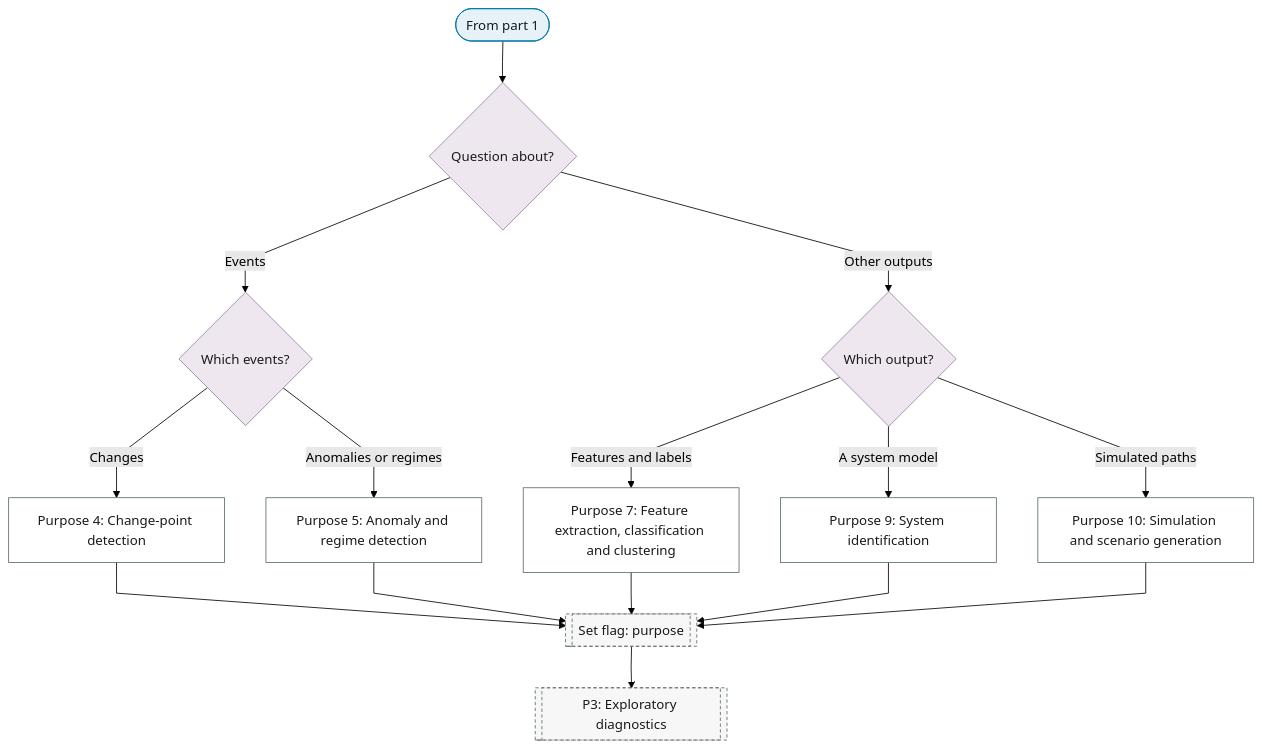
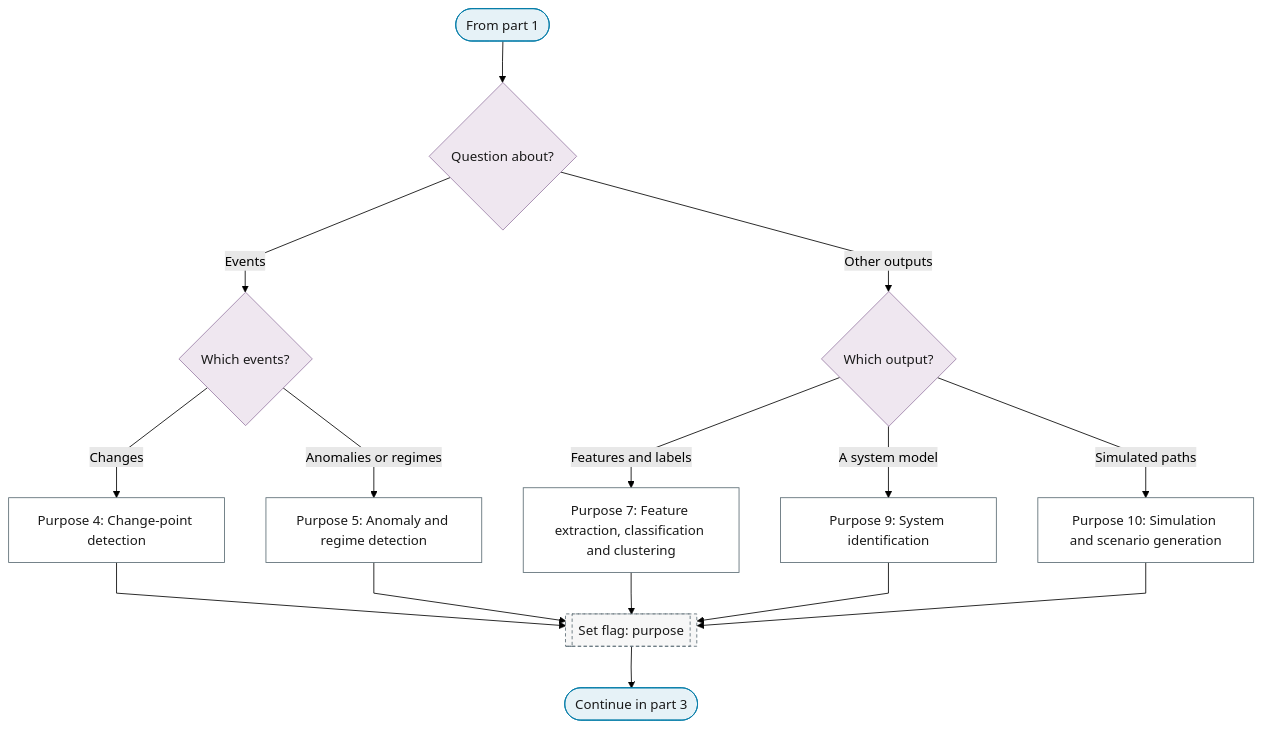
Before and after one commit to Shuxin-Y/time-series-analysis-manual: the second of 4 diagrams in docs/01-workflow/p00-purpose/index.md, drawn with Mermaid (forest theme). The commit also changed other lines of this file and 3 other files, not shown here.

````diff
--- a/docs/01-workflow/p00-purpose/index.md
+++ b/docs/01-workflow/p00-purpose/index.md
@@ -40,26 +43,26 @@
 ```mermaid
 %%{init: {"flowchart": {"curve": "linear"}}}%%
 graph TD
     P0_PART_2_IN(["From part 1"]) --> P0_QUESTION_2{"Question about?"}
     P0_QUESTION_2 -->|"Events"| P0_EVENTS{"Which events?"}
     P0_QUESTION_2 -->|"Other outputs"| P0_OUTPUTS{"Which output?"}
     P0_EVENTS -->|"Changes"| P0_CHANGE_POINT["Purpose 4: Change-point detection"]
     P0_EVENTS -->|"Anomalies or regimes"| P0_ANOMALY["Purpose 5: Anomaly and regime detection"]
     P0_OUTPUTS -->|"Features and labels"| P0_FEATURES["Purpose 7: Feature extraction, classification and clustering"]
     P0_OUTPUTS -->|"A system model"| P0_SYSTEM_ID["Purpose 9: System identification"]
     P0_OUTPUTS -->|"Simulated paths"| P0_SIMULATION["Purpose 10: Simulation and scenario generation"]
     P0_CHANGE_POINT & P0_ANOMALY & P0_FEATURES & P0_SYSTEM_ID & P0_SIMULATION --> P0_PURPOSE_FLAG[["Set flag: purpose"]]
-    P0_PURPOSE_FLAG --> P3[["P3: Exploratory diagnostics"]]
-    class P0_PART_2_IN terminator
+    P0_PURPOSE_FLAG --> P0_PART_2_OUT(["Continue in part 3"])
+    class P0_PART_2_IN,P0_PART_2_OUT terminator
     class P0_QUESTION_2,P0_EVENTS,P0_OUTPUTS decision
     class P0_CHANGE_POINT,P0_ANOMALY,P0_FEATURES,P0_SYSTEM_ID,P0_SIMULATION process
-    class P0_PURPOSE_FLAG,P3 ref
+    class P0_PURPOSE_FLAG ref
     classDef terminator fill:#E6F2F7,stroke:#007BA7,color:#1A1A1A;
     classDef process fill:#FFFFFF,stroke:#5A6B73,color:#1A1A1A;
     classDef decision fill:#EFE7F0,stroke:#9B7FA7,color:#1A1A1A;
     classDef data fill:#FFF4E0,stroke:#C9A55E,color:#1A1A1A;
     classDef good fill:#DCEFD8,stroke:#4A7A3F,color:#1A1A1A;
     classDef escalate fill:#FFE9C2,stroke:#C9A55E,color:#1A1A1A;
     classDef problem fill:#F2D9DE,stroke:#800020,color:#1A1A1A;
     classDef ref fill:#F7F7F7,stroke:#5A6B73,color:#1A1A1A,stroke-dasharray:4 3;
 ```
````
